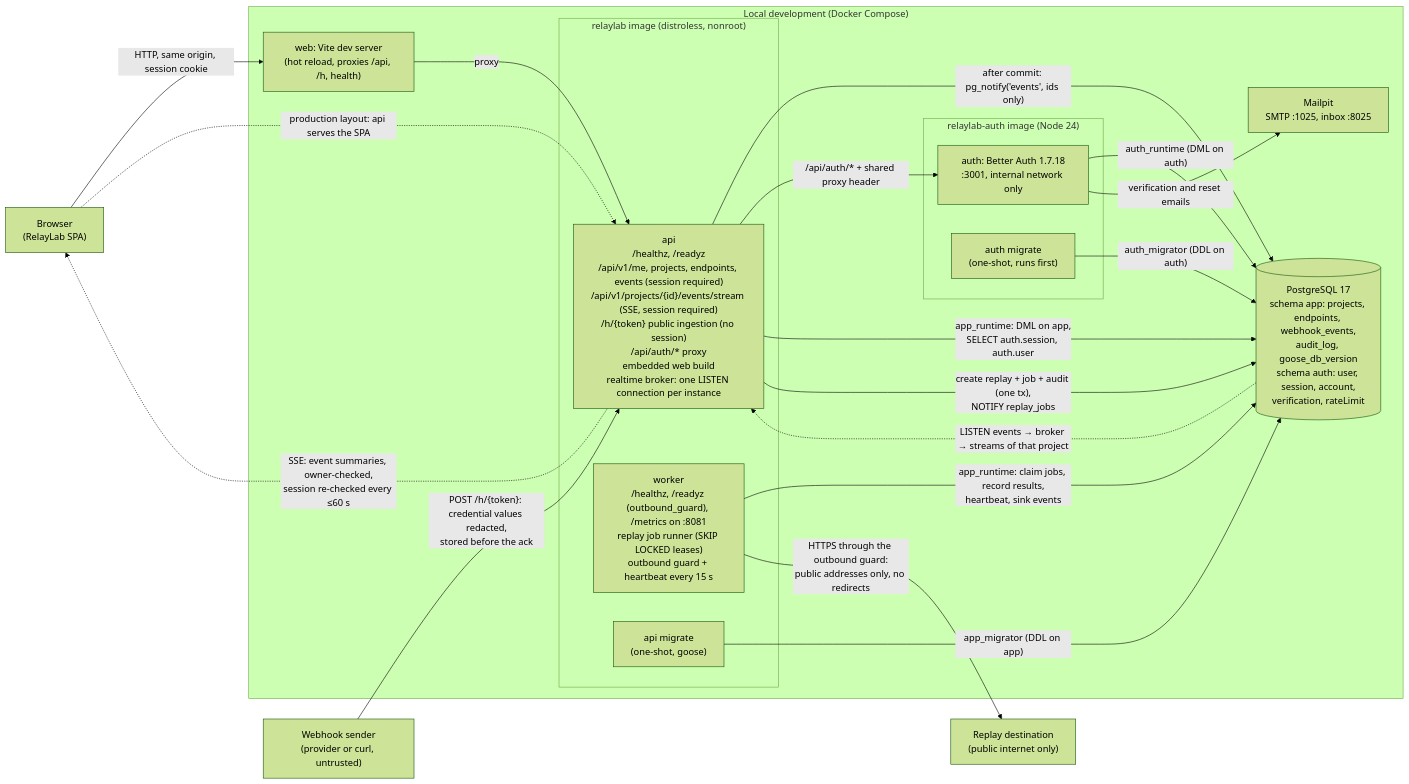
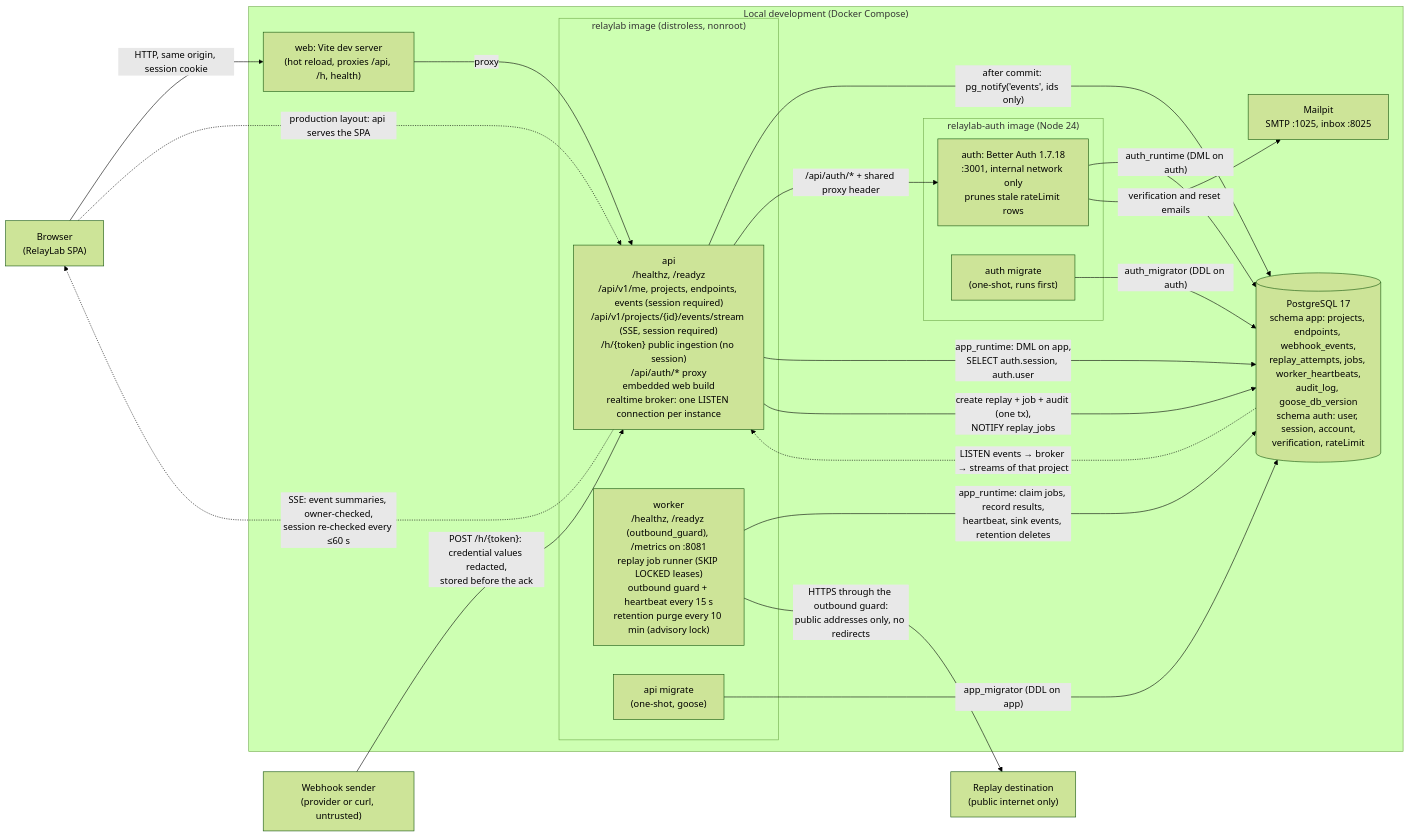
Before and after one commit to yasineh/relaylab-app: the diagram in docs/architecture/overview.md, drawn with Mermaid (forest theme). The commit also changed other lines of this file and 7 other files, not shown here.

Commit message:
Document data retention, deletion APIs, retention settings, and ERD deletion notes (add-event-retention task 5.1)

````diff
--- a/docs/architecture/overview.md
+++ b/docs/architecture/overview.md
@@ -6,38 +6,38 @@
 ```mermaid
 flowchart LR
   browser["Browser<br/>(RelayLab SPA)"]
   sender["Webhook sender<br/>(provider or curl, untrusted)"]
 
   subgraph dev["Local development (Docker Compose)"]
     vite["web: Vite dev server<br/>(hot reload, proxies /api, /h, health)"]
     subgraph image["relaylab image (distroless, nonroot)"]
       api["api<br/>/healthz, /readyz<br/>/api/v1/me, projects, endpoints, events (session required)<br/>/api/v1/projects/{id}/events/stream (SSE, session required)<br/>/h/{token} public ingestion (no session)<br/>/api/auth/* proxy<br/>embedded web build<br/>realtime broker: one LISTEN connection per instance"]
-      worker["worker<br/>/healthz, /readyz (outbound_guard), /metrics on :8081<br/>replay job runner (SKIP LOCKED leases)<br/>outbound guard + heartbeat every 15 s"]
+      worker["worker<br/>/healthz, /readyz (outbound_guard), /metrics on :8081<br/>replay job runner (SKIP LOCKED leases)<br/>outbound guard + heartbeat every 15 s<br/>retention purge every 10 min (advisory lock)"]
       migrate["api migrate<br/>(one-shot, goose)"]
     end
     subgraph authimg["relaylab-auth image (Node 24)"]
-      auth["auth: Better Auth 1.7.18<br/>:3001, internal network only"]
+      auth["auth: Better Auth 1.7.18<br/>:3001, internal network only<br/>prunes stale rateLimit rows"]
       authmigrate["auth migrate<br/>(one-shot, runs first)"]
     end
-    pg[("PostgreSQL 17<br/>schema app: projects, endpoints, webhook_events,<br/>audit_log, goose_db_version<br/>schema auth: user, session, account,<br/>verification, rateLimit")]
+    pg[("PostgreSQL 17<br/>schema app: projects, endpoints, webhook_events,<br/>replay_attempts, jobs, worker_heartbeats,<br/>audit_log, goose_db_version<br/>schema auth: user, session, account,<br/>verification, rateLimit")]
     mailpit["Mailpit<br/>SMTP :1025, inbox :8025"]
   end
 
   sender -->|"POST /h/{token}: credential values redacted,<br/>stored before the ack"| api
   api -->|"after commit: pg_notify('events', ids only)"| pg
   pg -.->|"LISTEN events → broker → streams of that project"| api
   api -.->|"SSE: event summaries, owner-checked,<br/>session re-checked every ≤60 s"| browser
   browser -->|"HTTP, same origin, session cookie"| vite
   vite -->|"proxy"| api
   browser -.->|"production layout: api serves the SPA"| api
   api -->|"/api/auth/* + shared proxy header"| auth
   api -->|"app_runtime: DML on app,<br/>SELECT auth.session, auth.user"| pg
-  worker -->|"app_runtime: claim jobs, record results,<br/>heartbeat, sink events"| pg
+  worker -->|"app_runtime: claim jobs, record results,<br/>heartbeat, sink events, retention deletes"| pg
   api -->|"create replay + job + audit (one tx),<br/>NOTIFY replay_jobs"| pg
   dest["Replay destination<br/>(public internet only)"]
   worker -->|"HTTPS through the outbound guard:<br/>public addresses only, no redirects"| dest
   migrate -->|"app_migrator (DDL on app)"| pg
   auth -->|"auth_runtime (DML on auth)"| pg
   authmigrate -->|"auth_migrator (DDL on auth)"| pg
   auth -->|"verification and reset emails"| mailpit
 ```
````
